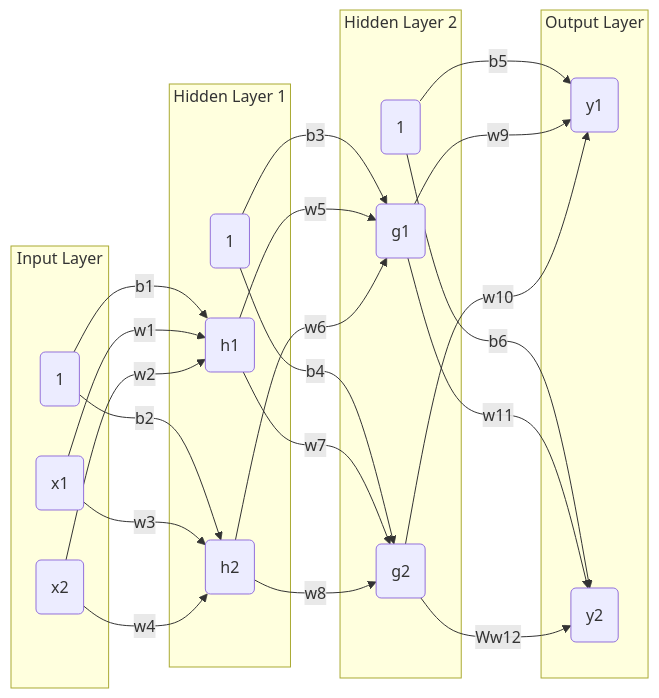
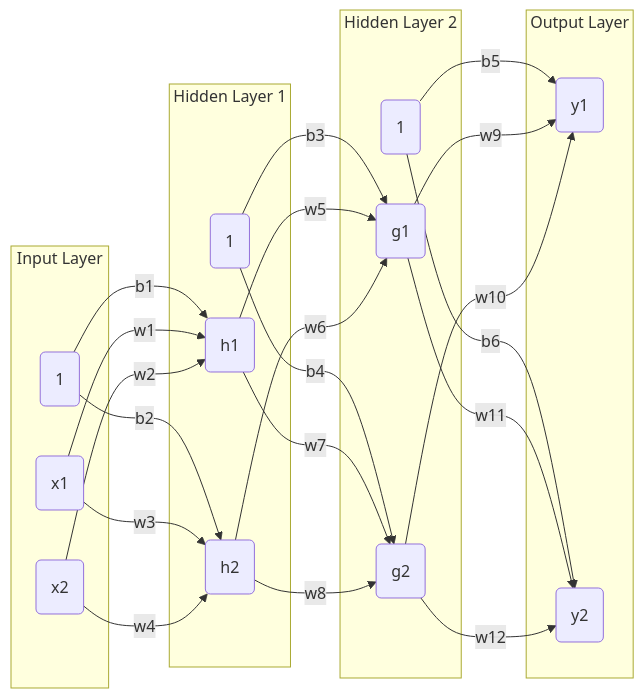
Before and after one commit to juan-esteban-berger/CUDA_Snake: the fourth of 4 diagrams in README.md, drawn with Mermaid.

````diff
--- a/README.md
+++ b/README.md
@@ -145,51 +145,51 @@
 ```mermaid
 graph LR
    subgraph Input Layer
        I1(1)
        I2(x1)
        I3(x2)
    end
 
    subgraph Hidden Layer 1
        H1(1)
        H2(h1)
        H3(h2)
    end
 
    subgraph Hidden Layer 2
        H4(1)
        H5(g1)
        H6(g2)
    end
 
    subgraph Output Layer
        O1(y1)
        O2(y2)
 
    end
 
 
    I1 -->|b1| H2
    I2 -->|w1| H2
    I3 -->|w2| H2
    
    I1 -->|b2| H3
    I2 -->|w3| H3
    I3 -->|w4| H3
 
    H1 -->|b3| H5
    H2 -->|w5| H5
    H3 -->|w6| H5
 
    H1 -->|b4| H6
    H2 -->|w7| H6
    H3 -->|w8| H6
 
    H4 -->|b5| O1
    H5 -->|w9| O1
    H6 -->|w10| O1
    
    H4 -->|b6| O2
    H5 -->|w11| O2
-   H6 -->|Ww12| O2
+   H6 -->|w12| O2
 ```
````
